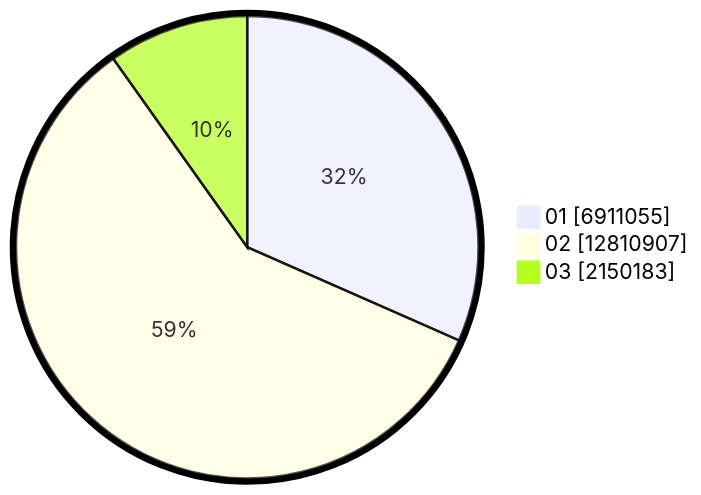
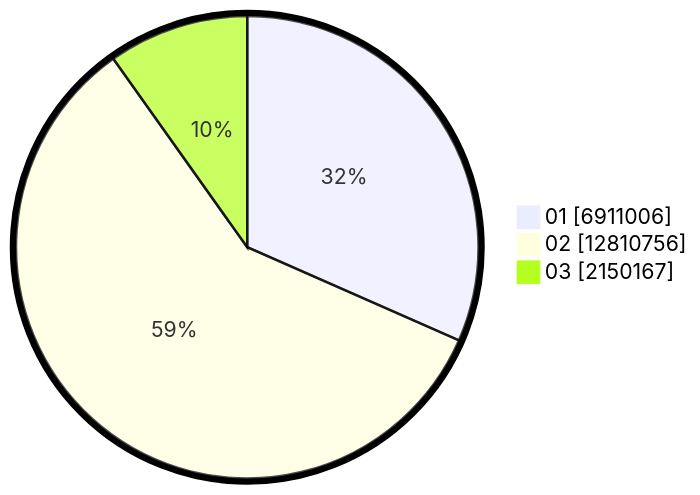
The second of 2 diagrams in pilpres/hitung-suara/sub/table-wilayah-32.md (gigit-pemilu/pemilu-2024), drawn with Mermaid before and after one commit. The commit also changed other lines of this file and 8 other files, not shown here.

````diff
--- a/pilpres/hitung-suara/sub/table-wilayah-32.md
+++ b/pilpres/hitung-suara/sub/table-wilayah-32.md
@@ -15,7 +15,7 @@
 ```mermaid
 %%{init: {"pie": {"textPosition": 0.5}, "themeVariables": {"pieOuterStrokeWidth": "5px"}} }%%
 pie showData
-    "01" : 6911055
-    "02" : 12810907
-    "03" : 2150183
+    "01" : 6911006
+    "02" : 12810756
+    "03" : 2150167
 ```
````
